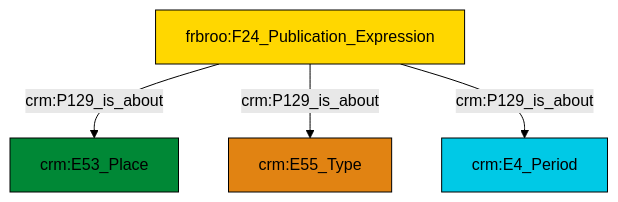
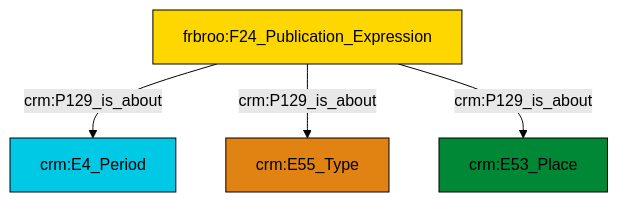
The diagram in et/biblioCSV/ttl/mmd/biblio_aboutness.ttl.mmd (swiss-art-research-net/reference-data-models), drawn with Mermaid (forest theme) before and after one commit. The commit also changed 128 other files, not shown here.

```diff
--- a/et/biblioCSV/ttl/mmd/biblio_aboutness.ttl.mmd
+++ b/et/biblioCSV/ttl/mmd/biblio_aboutness.ttl.mmd
@@ -1,18 +1,18 @@
 graph TD
 classDef Literal fill:#f2f2f2,stroke:#000000;
 classDef CRM_Entity fill:#FFFFFF,stroke:#000000;
 classDef Temporal_Entity fill:#00C9E6, stroke:#000000;
 classDef Type fill:#E18312, stroke:#000000;
 classDef Time-Span fill:#2C9C91, stroke:#000000;
 classDef Appellation fill:#FFEB7F, stroke:#000000;
 classDef Place fill:#008836, stroke:#000000;
 classDef Persistent_Item fill:#B266B2, stroke:#000000;
 classDef Conceptual_Object fill:#FFD700, stroke:#000000;
 classDef Physical_Thing fill:#D2B48C, stroke:#000000;
 classDef Actor fill:#f58aad, stroke:#000000;
 classDef PC_Classes fill:#4ce600, stroke:#000000;
 classDef Multi fill:#cccccc,stroke:#000000;
 
-2["frbroo:F24_Publication_Expression"]:::Conceptual_Object -->|crm:P129_is_about| 0["crm:E53_Place"]:::Place
-2["frbroo:F24_Publication_Expression"]:::Conceptual_Object -->|crm:P129_is_about| 3["crm:E55_Type"]:::Type
-2["frbroo:F24_Publication_Expression"]:::Conceptual_Object -->|crm:P129_is_about| 4["crm:E4_Period"]:::Temporal_Entity
+2["frbroo:F24_Publication_Expression"]:::Conceptual_Object -->|crm:P129_is_about| 3["crm:E4_Period"]:::Temporal_Entity
+2["frbroo:F24_Publication_Expression"]:::Conceptual_Object -->|crm:P129_is_about| 0["crm:E55_Type"]:::Type
+2["frbroo:F24_Publication_Expression"]:::Conceptual_Object -->|crm:P129_is_about| 5["crm:E53_Place"]:::Place
```
